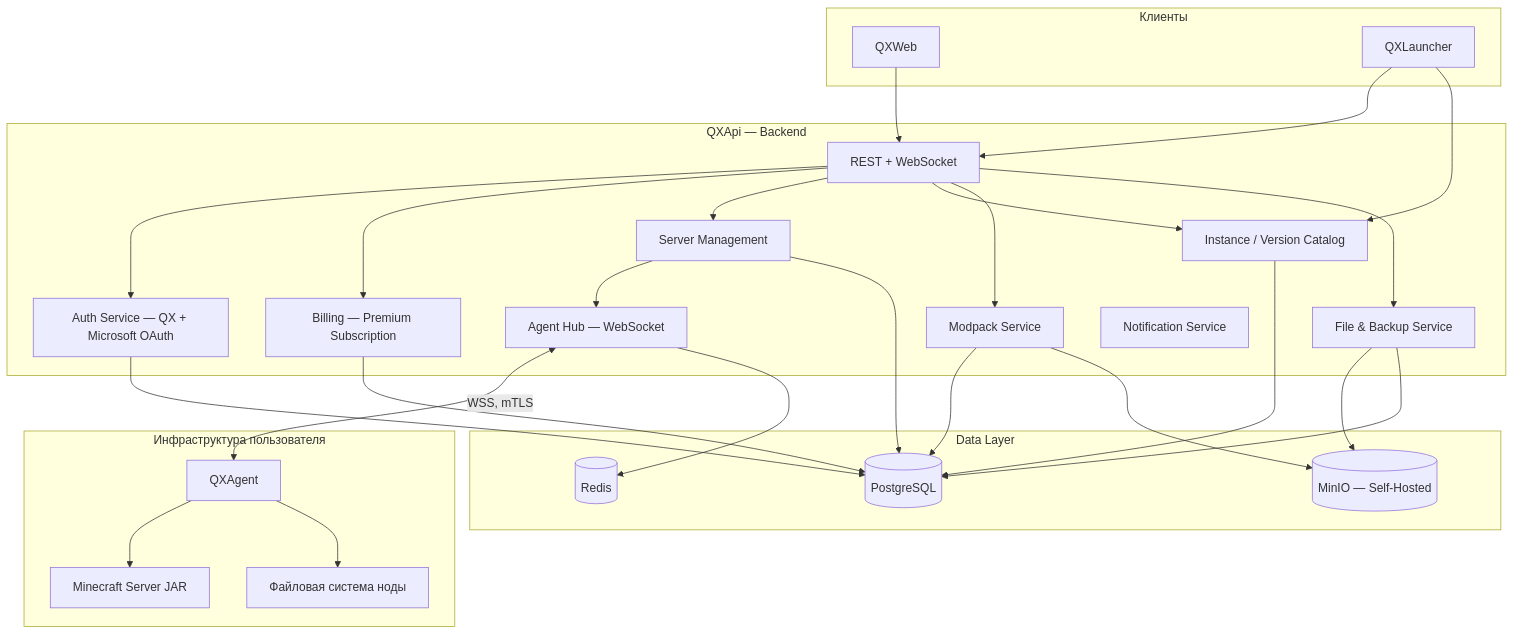
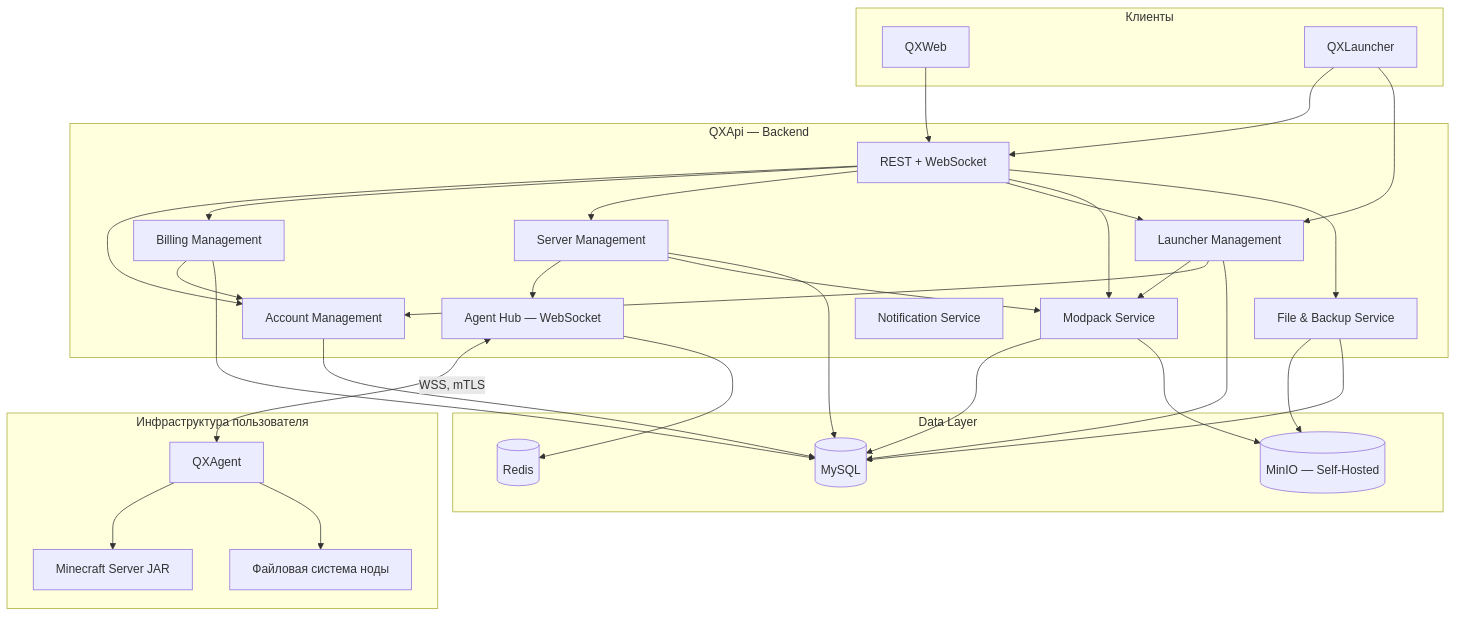
The fifth of 16 diagrams in docs/architecture.md (mindevis/qx-project), drawn with Mermaid before and after one commit. The commit also changed other lines of this file and 10 other files, not shown here.

````diff
--- a/docs/architecture.md
+++ b/docs/architecture.md
@@ -201,58 +201,62 @@
 ```mermaid
 flowchart TB
     subgraph clients [Клиенты]
         Web[QXWeb]
         Launcher[QXLauncher]
     end
 
     subgraph platform [QXApi — Backend]
         API[REST + WebSocket]
-        Auth[Auth Service — QX + Microsoft OAuth]
-        Billing[Billing — Premium Subscription]
+        AccountMgmt[Account Management]
+        BillingMgmt[Billing Management]
         ServerMgmt[Server Management]
-        InstanceSvc[Instance / Version Catalog]
+        LauncherMgmt[Launcher Management]
         ModpackSvc[Modpack Service]
         AgentHub[Agent Hub — WebSocket]
         FileSvc[File & Backup Service]
         Notify[Notification Service]
     end
 
     subgraph data [Data Layer]
-        PG[(PostgreSQL)]
+        MySQL[(MySQL)]
         Redis[(Redis)]
         MinIO[(MinIO — Self-Hosted)]
     end
 
     subgraph remote [Инфраструктура пользователя]
         Agent[QXAgent]
         MCServer[Minecraft Server JAR]
         NodeFS[Файловая система ноды]
     end
 
     Web --> API
     Launcher --> API
-    Launcher --> InstanceSvc
+    Launcher --> LauncherMgmt
 
-    API --> Auth
-    API --> Billing
+    API --> AccountMgmt
+    API --> BillingMgmt
     API --> ServerMgmt
-    API --> InstanceSvc
+    API --> LauncherMgmt
     API --> ModpackSvc
     API --> FileSvc
 
     ServerMgmt --> AgentHub
+    ServerMgmt --> ModpackSvc
+    LauncherMgmt --> ModpackSvc
+    LauncherMgmt --> AccountMgmt
+    BillingMgmt --> AccountMgmt
     AgentHub <-->|WSS, mTLS| Agent
 
     Agent --> MCServer
     Agent --> NodeFS
 
-    Auth --> PG
-    Billing --> PG
-    ServerMgmt --> PG
-    InstanceSvc --> PG
-    ModpackSvc --> PG
+    AccountMgmt --> MySQL
+    BillingMgmt --> MySQL
+    ServerMgmt --> MySQL
+    LauncherMgmt --> MySQL
+    ModpackSvc --> MySQL
     ModpackSvc --> MinIO
     AgentHub --> Redis
     FileSvc --> MinIO
-    FileSvc --> PG
+    FileSvc --> MySQL
 ```
````
